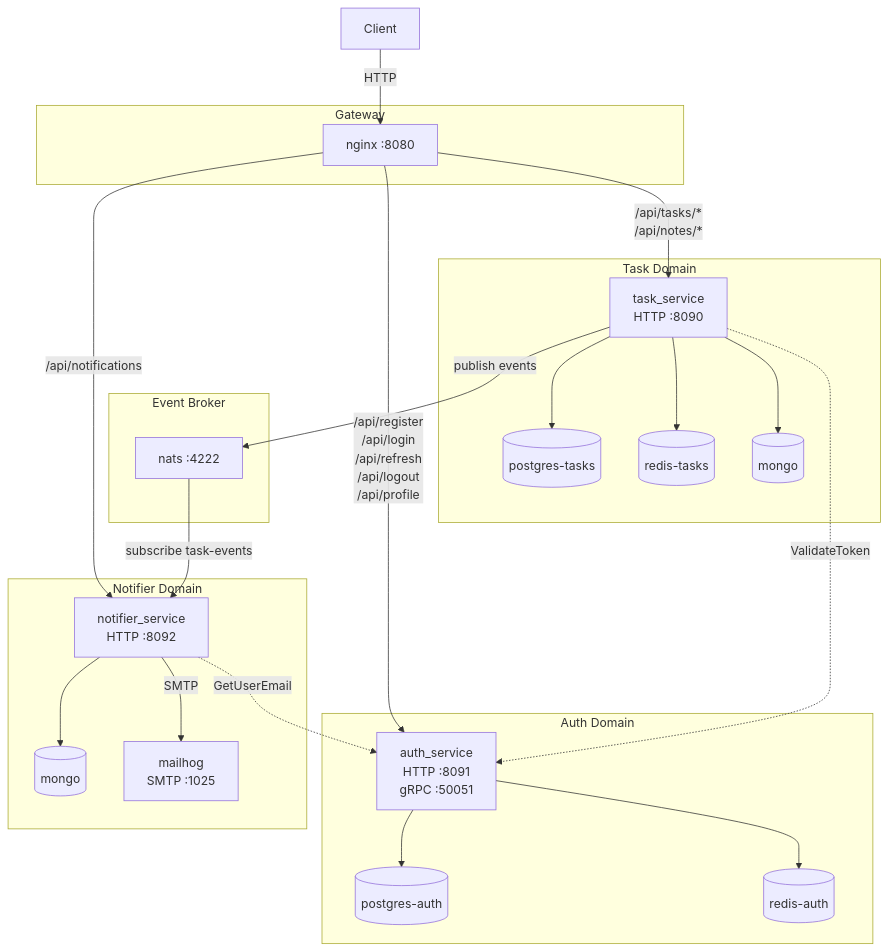
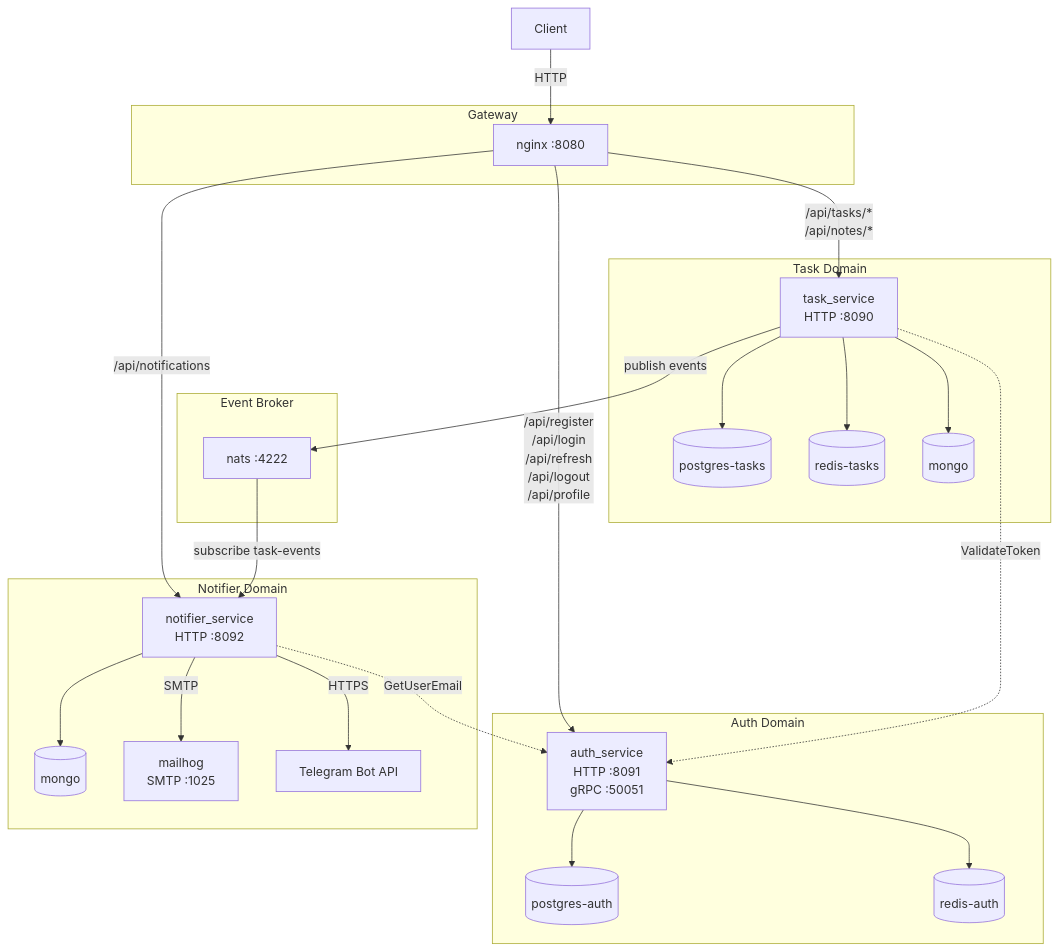
The first of 3 diagrams in README.md (vl4d1mur/todo_app), drawn with Mermaid before and after one commit. The commit also changed other lines of this file, not shown here.

````diff
--- a/README.md
+++ b/README.md
@@ -11,50 +11,52 @@
 ```mermaid
 graph TB
     Client[Client]
 
     subgraph Gateway
         Nginx[nginx :8080]
     end
 
     subgraph AuthDomain[Auth Domain]
         Auth[auth_service<br/>HTTP :8091<br/>gRPC :50051]
         PgAuth[(postgres-auth)]
         RedisAuth[(redis-auth)]
     end
 
     subgraph TaskDomain[Task Domain]
         Task[task_service<br/>HTTP :8090]
         PgTasks[(postgres-tasks)]
         RedisTasks[(redis-tasks)]
         Mongo[(mongo)]
     end
 
     subgraph NotifierDomain[Notifier Domain]
         Notifier[notifier_service<br/>HTTP :8092]
         MongoNotif[(mongo)]
         MailHog[mailhog<br/>SMTP :1025]
+        TgBot[Telegram Bot API]
     end
 
     subgraph Broker[Event Broker]
         NATS[nats :4222]
     end
 
     Client -->|HTTP| Nginx
     Nginx -->|/api/register<br/>/api/login<br/>/api/refresh<br/>/api/logout<br/>/api/profile| Auth
     Nginx -->|/api/tasks/*<br/>/api/notes/*| Task
     Nginx -->|/api/notifications| Notifier
 
     Auth --> PgAuth
     Auth --> RedisAuth
 
     Task --> PgTasks
     Task --> RedisTasks
     Task --> Mongo
     Task -.->|ValidateToken| Auth
     Task -->|publish events| NATS
 
     Notifier --> MongoNotif
     Notifier -.->|GetUserEmail| Auth
     Notifier -->|SMTP| MailHog
+    Notifier -->|HTTPS| TgBot
     NATS -->|subscribe task-events| Notifier
 ```
````
